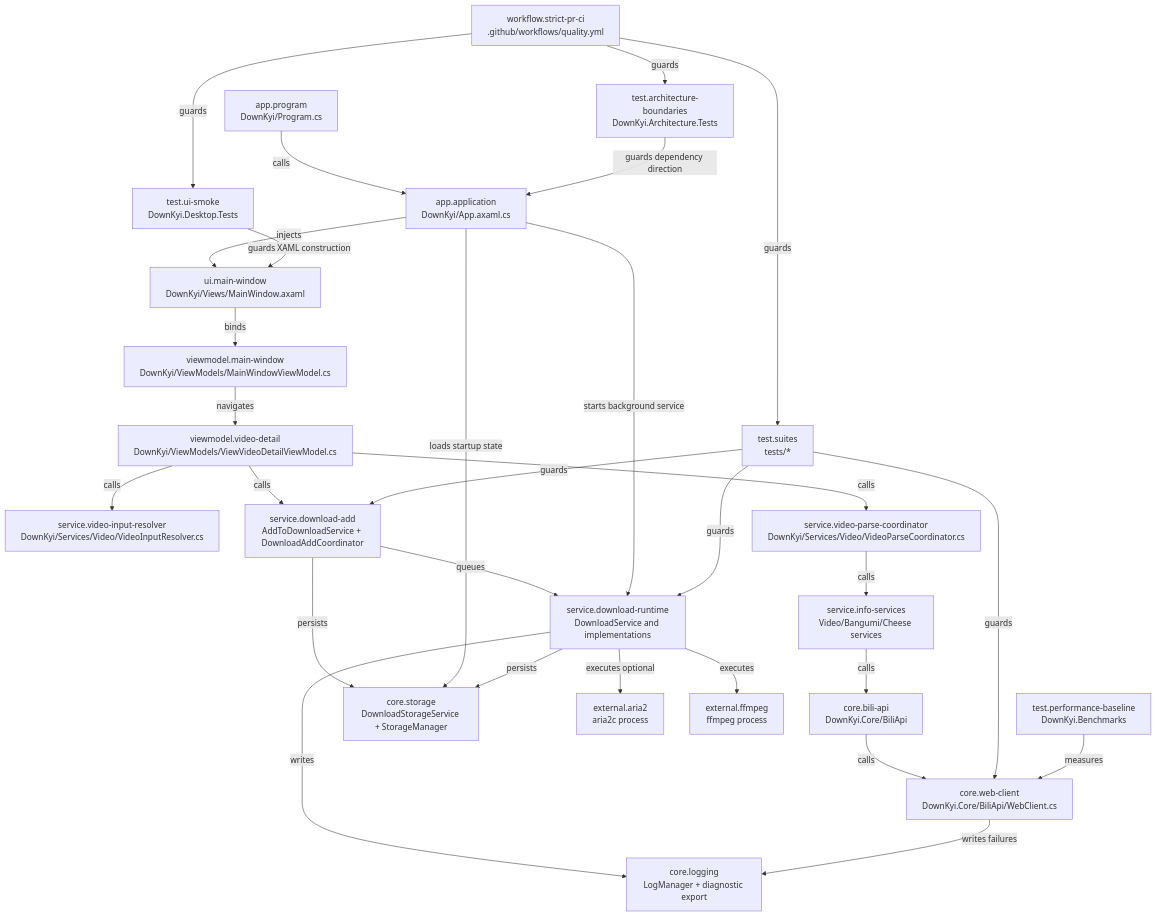
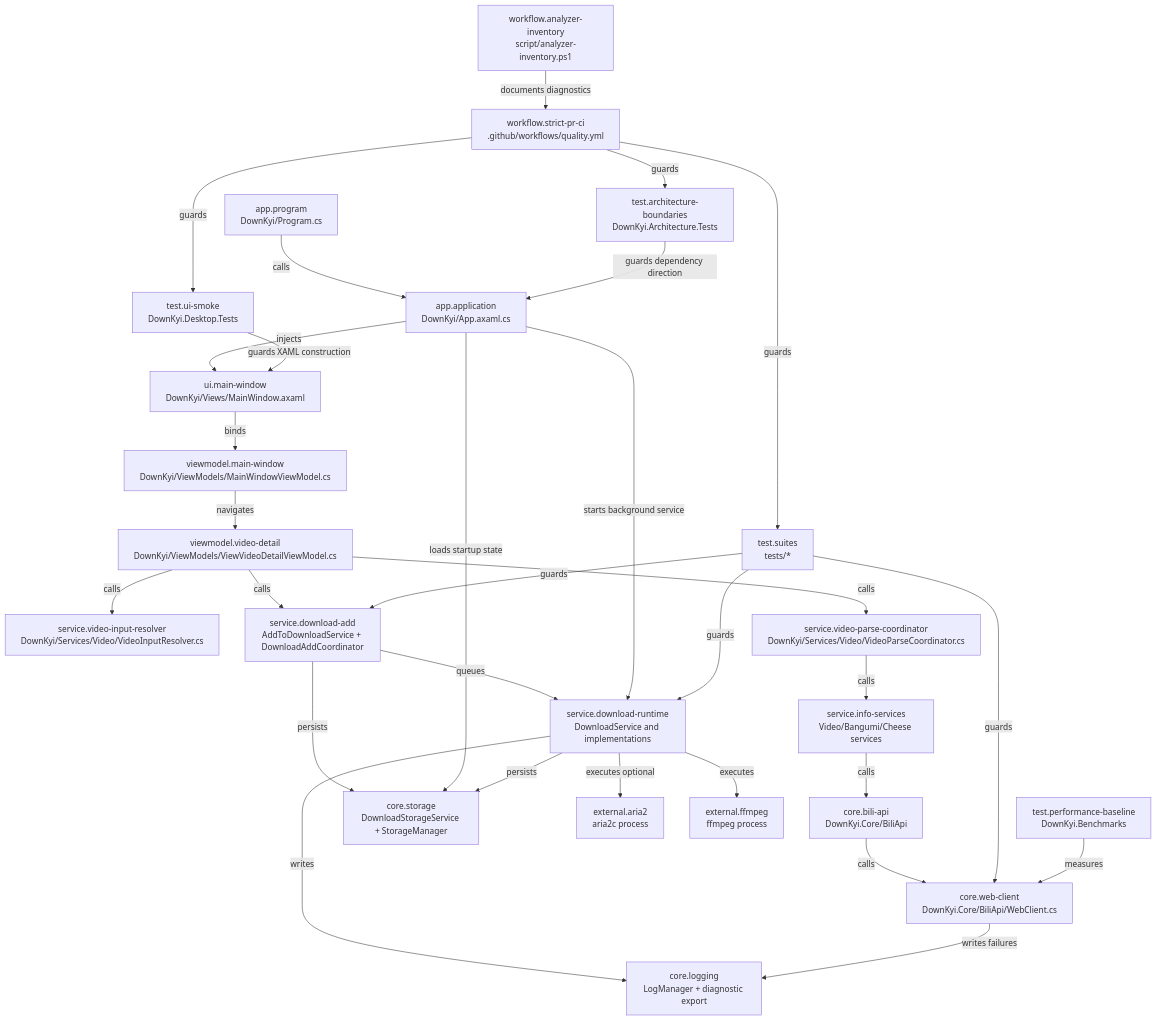
One commit to crazysmile-PhD/downkyicore changed the first of 4 diagrams in docs/ai-knowledge-graph.md. Above: the diagram before and after it, drawn with Mermaid. The commit also changed other lines of this file and 7 other files, not shown here.

````diff
--- a/docs/ai-knowledge-graph.md
+++ b/docs/ai-knowledge-graph.md
@@ -63,53 +63,55 @@
 ```mermaid
 flowchart TD
     Program["app.program\nDownKyi/Program.cs"]
     App["app.application\nDownKyi/App.axaml.cs"]
     MainWindow["ui.main-window\nDownKyi/Views/MainWindow.axaml"]
     MainVm["viewmodel.main-window\nDownKyi/ViewModels/MainWindowViewModel.cs"]
     VideoVm["viewmodel.video-detail\nDownKyi/ViewModels/ViewVideoDetailViewModel.cs"]
     Resolver["service.video-input-resolver\nDownKyi/Services/Video/VideoInputResolver.cs"]
     Parser["service.video-parse-coordinator\nDownKyi/Services/Video/VideoParseCoordinator.cs"]
     InfoServices["service.info-services\nVideo/Bangumi/Cheese services"]
     BiliApi["core.bili-api\nDownKyi.Core/BiliApi"]
     WebClient["core.web-client\nDownKyi.Core/BiliApi/WebClient.cs"]
     DownloadAdd["service.download-add\nAddToDownloadService + DownloadAddCoordinator"]
     DownloadService["service.download-runtime\nDownloadService and implementations"]
     Storage["core.storage\nDownloadStorageService + StorageManager"]
     Aria["external.aria2\naria2c process"]
     FFmpeg["external.ffmpeg\nffmpeg process"]
     Logs["core.logging\nLogManager + diagnostic export"]
     Tests["test.suites\ntests/*"]
     ArchitectureTests["test.architecture-boundaries\nDownKyi.Architecture.Tests"]
     UiSmoke["test.ui-smoke\nDownKyi.Desktop.Tests"]
     Benchmarks["test.performance-baseline\nDownKyi.Benchmarks"]
     CI["workflow.strict-pr-ci\n.github/workflows/quality.yml"]
+    AnalyzerInventory["workflow.analyzer-inventory\nscript/analyzer-inventory.ps1"]
 
     Program -->|calls| App
     App -->|injects| MainWindow
     MainWindow -->|binds| MainVm
     MainVm -->|navigates| VideoVm
     VideoVm -->|calls| Resolver
     VideoVm -->|calls| Parser
     Parser -->|calls| InfoServices
     InfoServices -->|calls| BiliApi
     BiliApi -->|calls| WebClient
     VideoVm -->|calls| DownloadAdd
     DownloadAdd -->|persists| Storage
     DownloadAdd -->|queues| DownloadService
     App -->|loads startup state| Storage
     App -->|starts background service| DownloadService
     DownloadService -->|persists| Storage
     DownloadService -->|executes optional| Aria
     DownloadService -->|executes| FFmpeg
     DownloadService -->|writes| Logs
     WebClient -->|writes failures| Logs
     Tests -->|guards| WebClient
     Tests -->|guards| DownloadAdd
     Tests -->|guards| DownloadService
     ArchitectureTests -->|guards dependency direction| App
     UiSmoke -->|guards XAML construction| MainWindow
     Benchmarks -->|measures| WebClient
     CI -->|guards| Tests
     CI -->|guards| ArchitectureTests
     CI -->|guards| UiSmoke
+    AnalyzerInventory -->|documents diagnostics| CI
 ```
````
